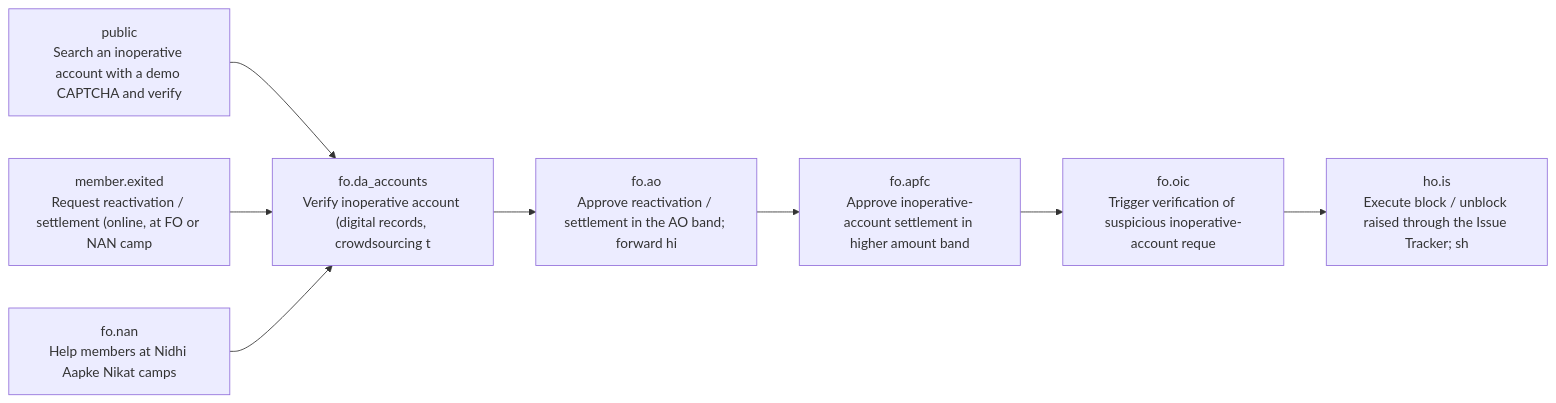
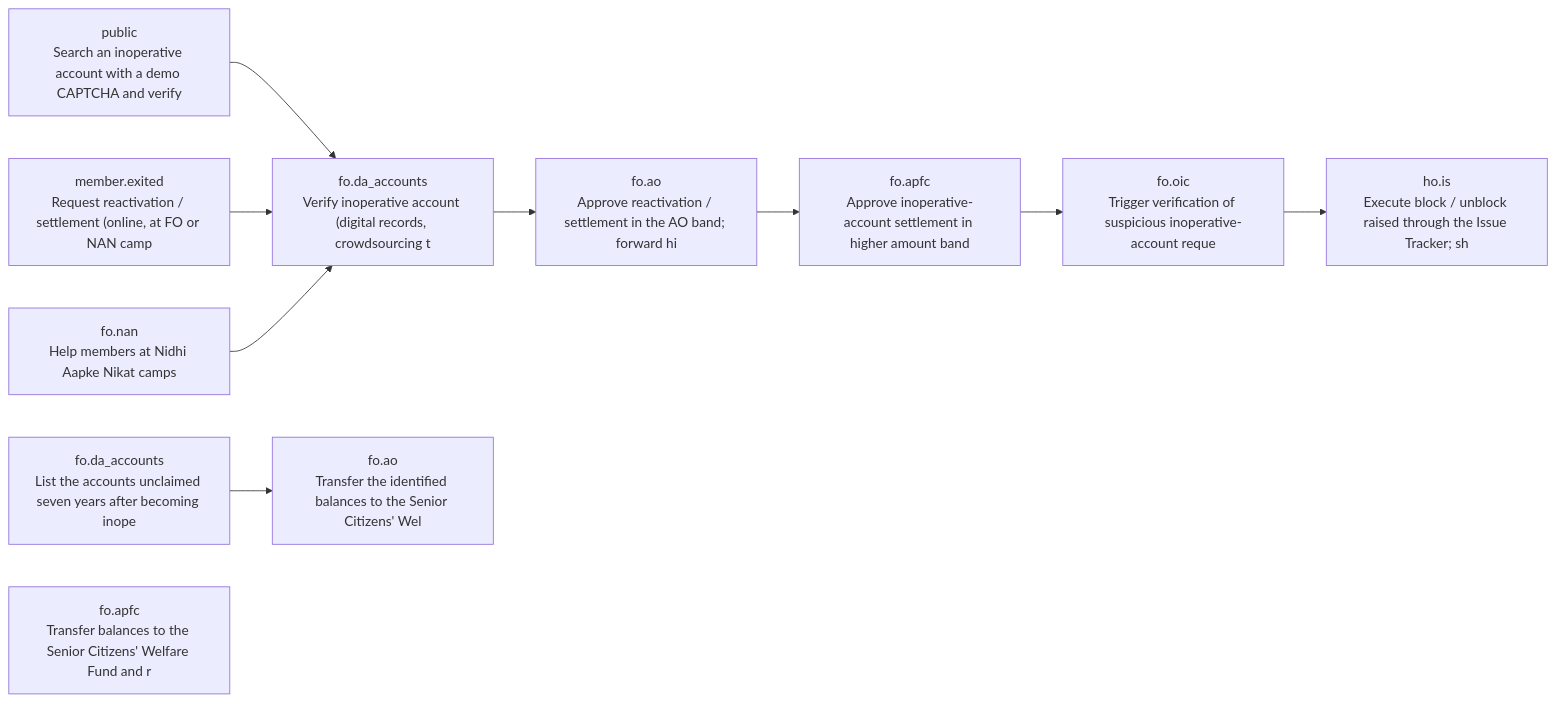
One commit to gauravmeena0708/pf-life changed diagram 11 of 14 in docs/stakeholder-api-sets.md. Above: the diagram before and after it, drawn with Mermaid. The commit also changed other lines of this file and 15 other files, not shown here.

````diff
--- a/docs/stakeholder-api-sets.md
+++ b/docs/stakeholder-api-sets.md
@@ -2055,18 +2070,22 @@
 ```mermaid
 flowchart LR
   F11_public_search["public<br/>Search an inoperative account with a demo CAPTCHA and verify"]
   F11_search["member.exited<br/>Request reactivation / settlement (online, at FO or NAN camp"]
   F11_nan["fo.nan<br/>Help members at Nidhi Aapke Nikat camps"]
   F11_verify["fo.da_accounts<br/>Verify inoperative account (digital records, crowdsourcing t"]
   F11_approve["fo.ao<br/>Approve reactivation / settlement in the AO band; forward hi"]
   F11_approve_apfc["fo.apfc<br/>Approve inoperative-account settlement in higher amount band"]
   F11_oic_monitor["fo.oic<br/>Trigger verification of suspicious inoperative-account reque"]
+  F11_scwf_identify["fo.da_accounts<br/>List the accounts unclaimed seven years after becoming inope"]
+  F11_scwf_transfer["fo.ao<br/>Transfer the identified balances to the Senior Citizens' Wel"]
+  F11_scwf_transfer_apfc["fo.apfc<br/>Transfer balances to the Senior Citizens' Welfare Fund and r"]
   F11_public_search --> F11_verify
   F11_search --> F11_verify
   F11_nan --> F11_verify
   F11_verify --> F11_approve
   F11_approve --> F11_approve_apfc
   F11_approve_apfc --> F11_oic_monitor
   F07_block["ho.is<br/>Execute block / unblock raised through the Issue Tracker; sh"]
   F11_oic_monitor --> F07_block
+  F11_scwf_identify --> F11_scwf_transfer
 ```
````
